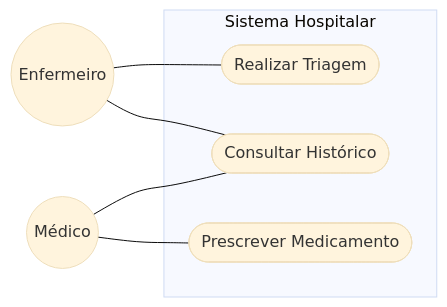
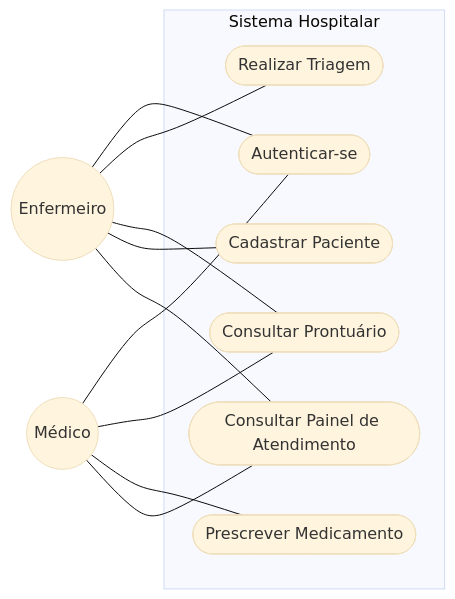
The first of 2 diagrams in docs/03-casos-uso.md (Nesomar/projeto-hospitalar), drawn with Mermaid (base theme) before and after one commit. The commit also changed other lines of this file and 36 other files, not shown here.

````diff
--- a/docs/03-casos-uso.md
+++ b/docs/03-casos-uso.md
@@ -5,18 +4,25 @@
 ```mermaid
 flowchart LR
     %% Definição dos Atores
     E((Enfermeiro))
     M((Médico))
-    
+
     subgraph "Sistema Hospitalar"
+        UC5([Autenticar-se])
         UC1([Realizar Triagem])
-        UC2([Consultar Histórico])
+        UC2([Consultar Prontuário])
         UC3([Prescrever Medicamento])
+        UC4([Cadastrar Paciente])
+        UC6([Consultar Painel de Atendimento])
     end
-    
-    %% Relacionamentos
+
+    E --- UC5
+    M --- UC5
     E --- UC1
     E --- UC2
     M --- UC2
     M --- UC3
+    E --- UC4
+    E --- UC6
+    M --- UC6
 ```
````
